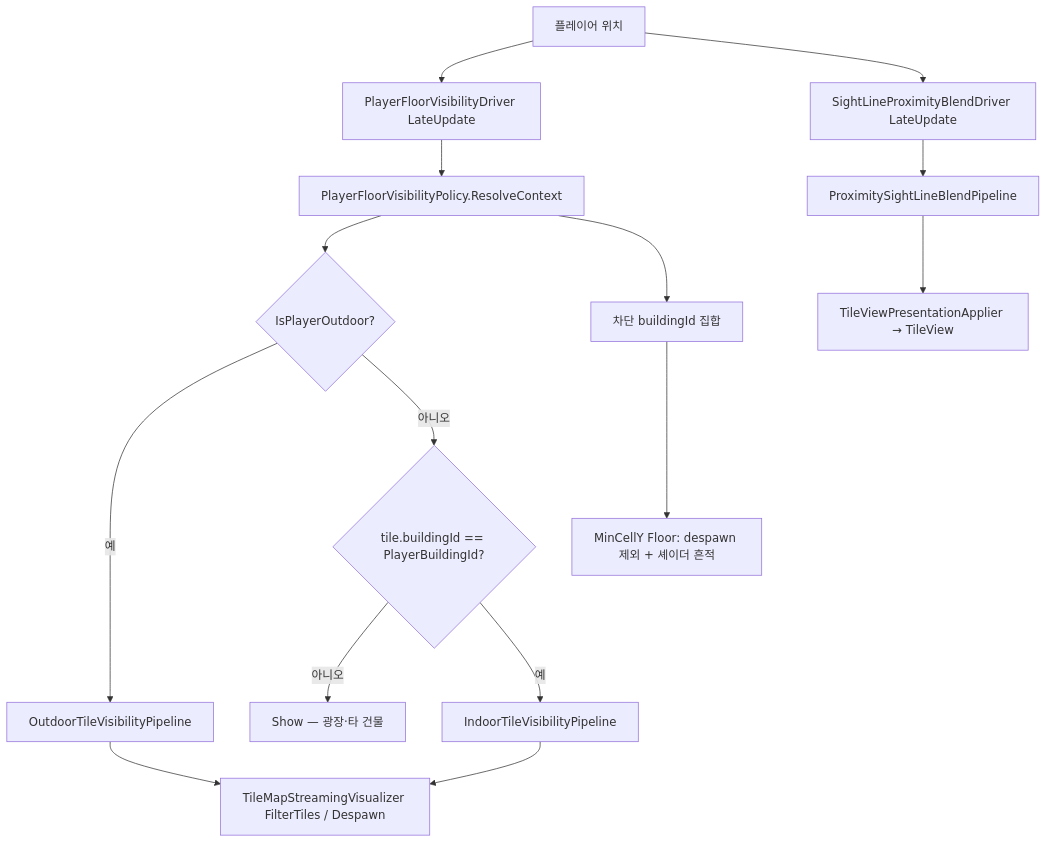
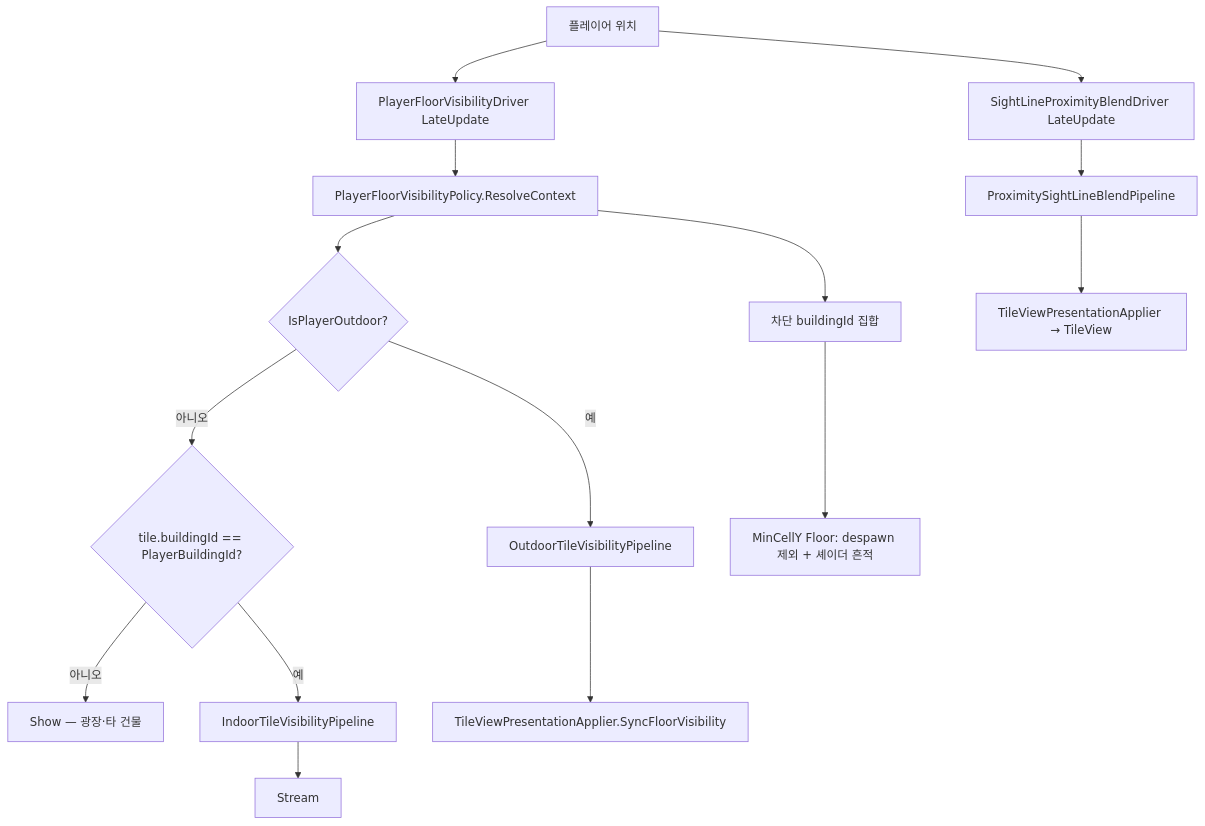
Before and after one commit to garunnir/Project_Pictureless: the diagram in Assets/Dist/Scripts/Map/TileMap/TILEMAP_VISIBILITY.md, drawn with Mermaid. The commit also changed other lines of this file and 46 other files, not shown here.

````diff
--- a/Assets/Dist/Scripts/Map/TileMap/TILEMAP_VISIBILITY.md
+++ b/Assets/Dist/Scripts/Map/TileMap/TILEMAP_VISIBILITY.md
@@ -19,18 +19,18 @@
 ```mermaid
 flowchart TD
     Player[플레이어 위치] --> Driver[PlayerFloorVisibilityDriver LateUpdate]
     Driver --> Policy[PlayerFloorVisibilityPolicy.ResolveContext]
     Policy --> Outdoor{IsPlayerOutdoor?}
     Outdoor -->|예| OutdoorPipe[OutdoorTileVisibilityPipeline]
     Outdoor -->|아니오| IndoorBranch{tile.buildingId == PlayerBuildingId?}
     IndoorBranch -->|아니오| ShowOther[Show — 광장·타 건물]
     IndoorBranch -->|예| IndoorPipe[IndoorTileVisibilityPipeline]
-    OutdoorPipe --> Stream[TileMapStreamingVisualizer FilterTiles / Despawn]
+    OutdoorPipe --> ApplierFloor[TileViewPresentationApplier.SyncFloorVisibility]
     IndoorPipe --> Stream
     Policy --> SightLine[차단 buildingId 집합]
     SightLine --> MinFloor[MinCellY Floor: despawn 제외 + 셰이더 흔적]
 
     Player --> BlendDriver[SightLineProximityBlendDriver LateUpdate]
     BlendDriver --> ProxPipe[ProximitySightLineBlendPipeline]
     ProxPipe --> Applier[TileViewPresentationApplier → TileView]
 ```
````
